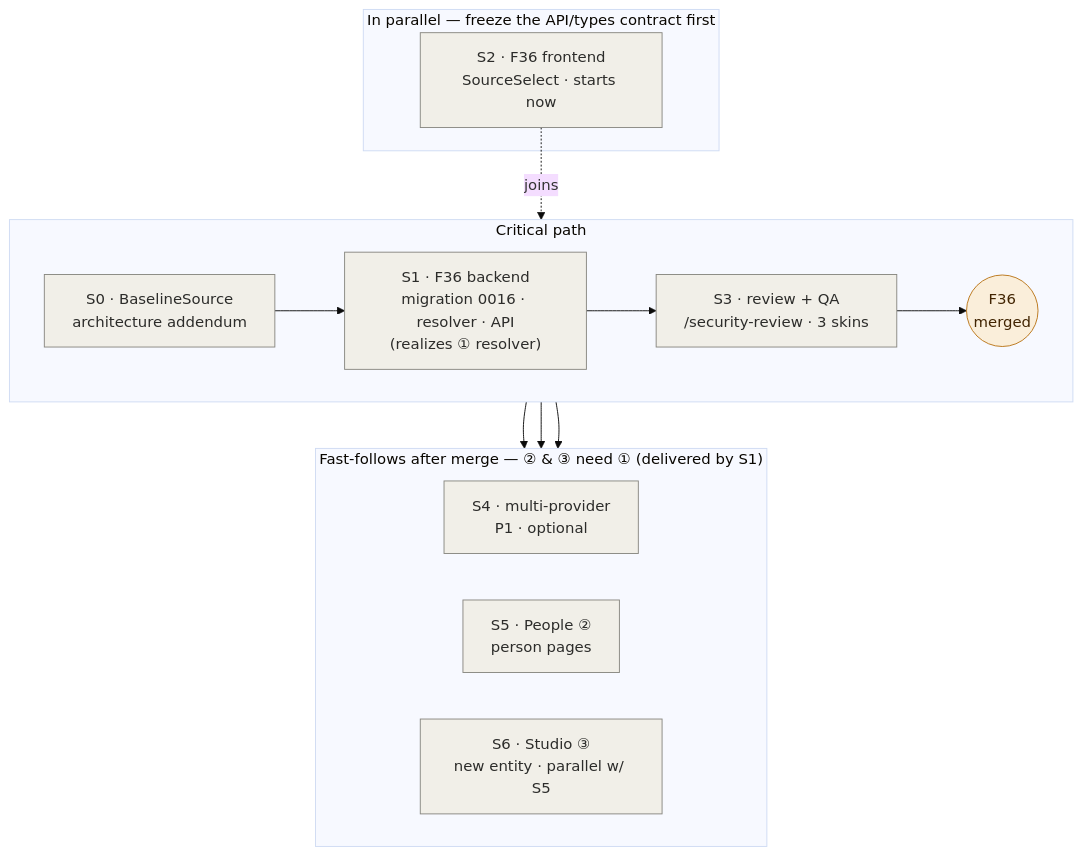
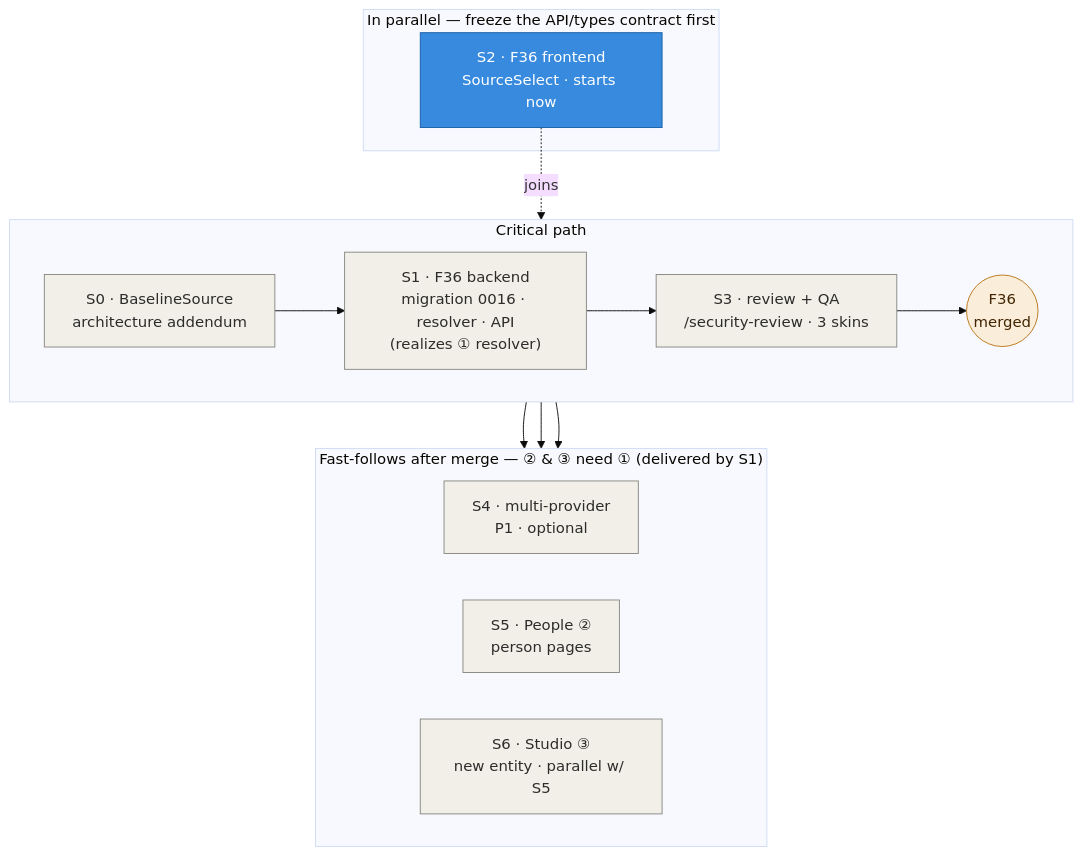
Before and after one commit to whoiskevinrich/holodex: the diagram in docs/plans/field-source-of-truth-rollout.md, drawn with Mermaid (base theme). The commit also changed other lines of this file and 8 other files, not shown here.

````diff
--- a/docs/plans/field-source-of-truth-rollout.md
+++ b/docs/plans/field-source-of-truth-rollout.md
@@ -12,30 +12,31 @@
 ```mermaid
 flowchart TB
   subgraph CP["Critical path"]
     direction LR
     S0["S0 · BaselineSource<br/>architecture addendum"] --> S1["S1 · F36 backend<br/>migration 0016 · resolver · API<br/>(realizes ① resolver)"]
     S1 --> S3["S3 · review + QA<br/>/security-review · 3 skins"]
     S3 --> M(("F36<br/>merged"))
   end
   subgraph PAR["In parallel — freeze the API/types contract first"]
     S2["S2 · F36 frontend<br/>SourceSelect · starts now"]
   end
   S2 -. joins .-> S3
   subgraph FF["Fast-follows after merge — ② &amp; ③ need ① (delivered by S1)"]
     direction LR
     S4["S4 · multi-provider<br/>P1 · optional"]
     S5["S5 · People ②<br/>person pages"]
     S6["S6 · Studio ③<br/>new entity · parallel w/ S5"]
   end
   M --> S4
   M --> S5
   M --> S6
 
   classDef done fill:#1d9e75,stroke:#0f6e56,color:#ffffff;
   classDef active fill:#378add,stroke:#185fa5,color:#ffffff;
   classDef pending fill:#f1efe8,stroke:#888780,color:#2c2c2a;
   classDef gate fill:#faeeda,stroke:#ba7517,color:#412402;
 
-  class S0,S1,S2,S3,S4,S5,S6 pending;
+  class S0,S1,S3,S4,S5,S6 pending;
+  class S2 active;
   class M gate;
 ```
````
